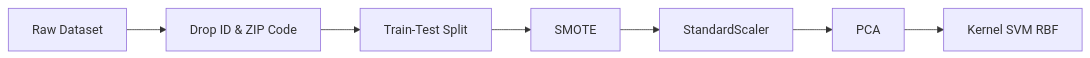
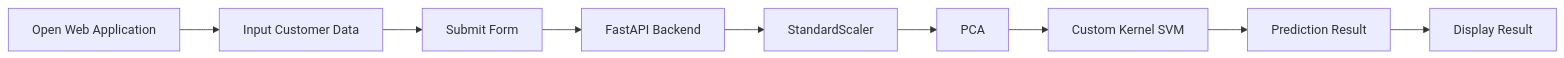
One commit to Nilfgard13/Bank-Personal-Loan-Prediction changed the first of 4 diagrams in README.md. Above: the diagram before and after it, drawn with Mermaid. The commit also changed other lines of this file and 8 other files, not shown here.

````diff
--- a/README.md
+++ b/README.md
@@ -234,10 +138,21 @@
 ```mermaid
 flowchart LR
 
-A[Raw Dataset] --> B[Drop ID & ZIP Code]
-B --> C[Train-Test Split]
-C --> D[SMOTE]
-D --> E[StandardScaler]
-E --> F[PCA]
-F --> G[Kernel SVM RBF]
+A[Open Web Application]
+
+-->B[Input Customer Data]
+
+-->C[Submit Form]
+
+-->D[FastAPI Backend]
+
+-->E[StandardScaler]
+
+-->F[PCA]
+
+-->G[Custom Kernel SVM]
+
+-->H[Prediction Result]
+
+-->I[Display Result]
 ```
````
